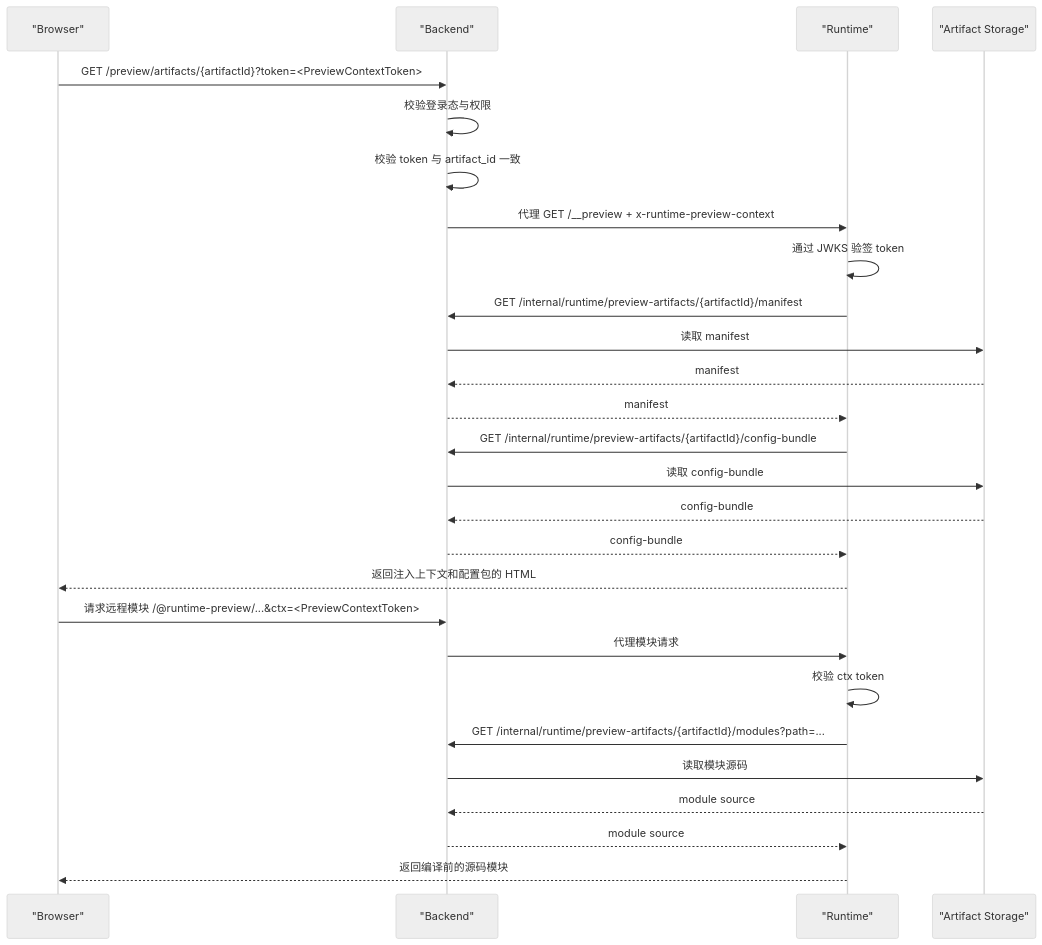
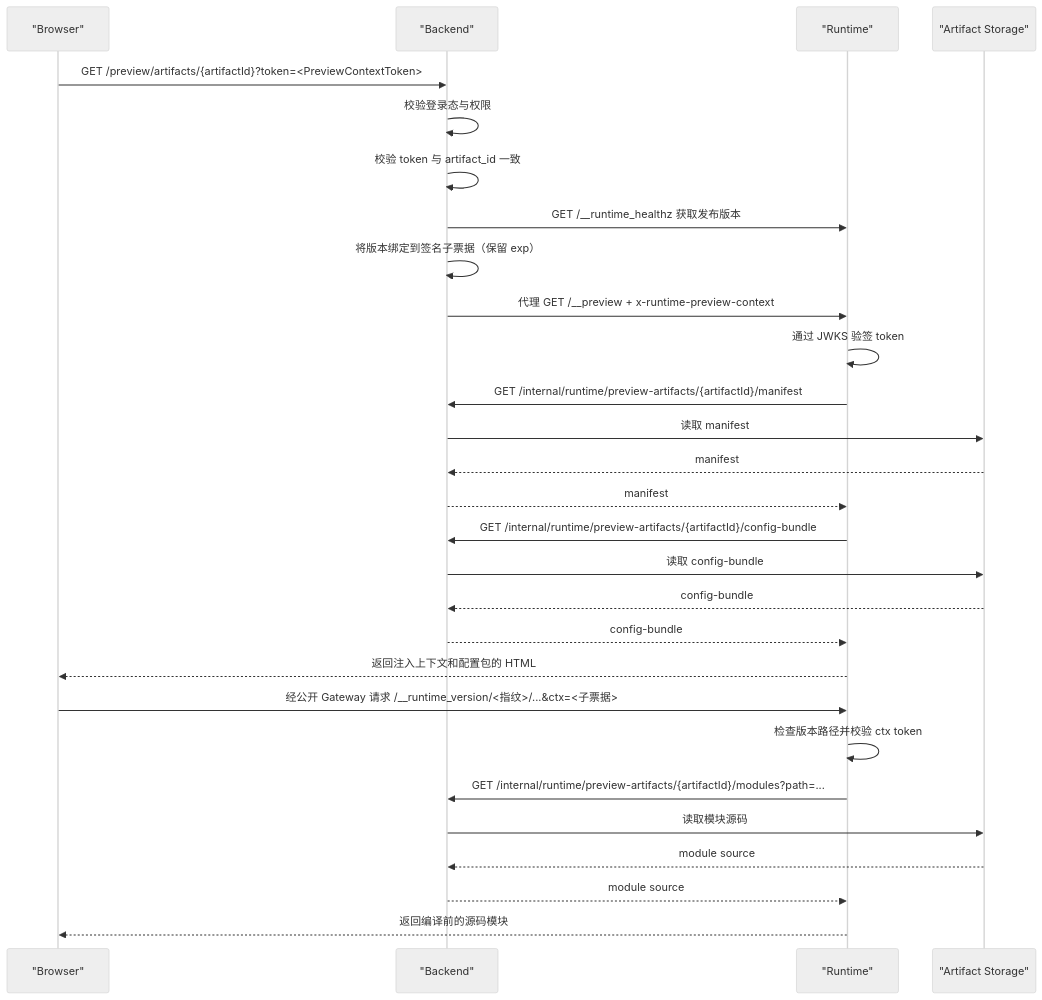
One commit to LLMxPM/web-presentation changed the diagram in docs/developer/runtime/integration/runtime-architecture.md. Above: the diagram before and after it, drawn with Mermaid (neutral theme). The commit also changed other lines of this file and 24 other files, not shown here.

````diff
--- a/docs/developer/runtime/integration/runtime-architecture.md
+++ b/docs/developer/runtime/integration/runtime-architecture.md
@@ -38,30 +39,31 @@
 ```mermaid
 sequenceDiagram
     participant U as "Browser"
     participant B as "Backend"
     participant R as "Runtime"
     participant S as "Artifact Storage"
 
     U->>B: GET /preview/artifacts/{artifactId}?token=<PreviewContextToken>
     B->>B: 校验登录态与权限
     B->>B: 校验 token 与 artifact_id 一致
+    B->>R: GET /__runtime_healthz 获取发布版本
+    B->>B: 将版本绑定到签名子票据（保留 exp）
     B->>R: 代理 GET /__preview + x-runtime-preview-context
     R->>R: 通过 JWKS 验签 token
     R->>B: GET /internal/runtime/preview-artifacts/{artifactId}/manifest
     B->>S: 读取 manifest
     S-->>B: manifest
     B-->>R: manifest
     R->>B: GET /internal/runtime/preview-artifacts/{artifactId}/config-bundle
     B->>S: 读取 config-bundle
     S-->>B: config-bundle
     B-->>R: config-bundle
     R-->>U: 返回注入上下文和配置包的 HTML
-    U->>B: 请求远程模块 /@runtime-preview/...&ctx=<PreviewContextToken>
-    B->>R: 代理模块请求
-    R->>R: 校验 ctx token
+    U->>R: 经公开 Gateway 请求 /__runtime_version/<指纹>/...&ctx=<子票据>
+    R->>R: 检查版本路径并校验 ctx token
     R->>B: GET /internal/runtime/preview-artifacts/{artifactId}/modules?path=...
     B->>S: 读取模块源码
     S-->>B: module source
     B-->>R: module source
     R-->>U: 返回编译前的源码模块
 ```
````
